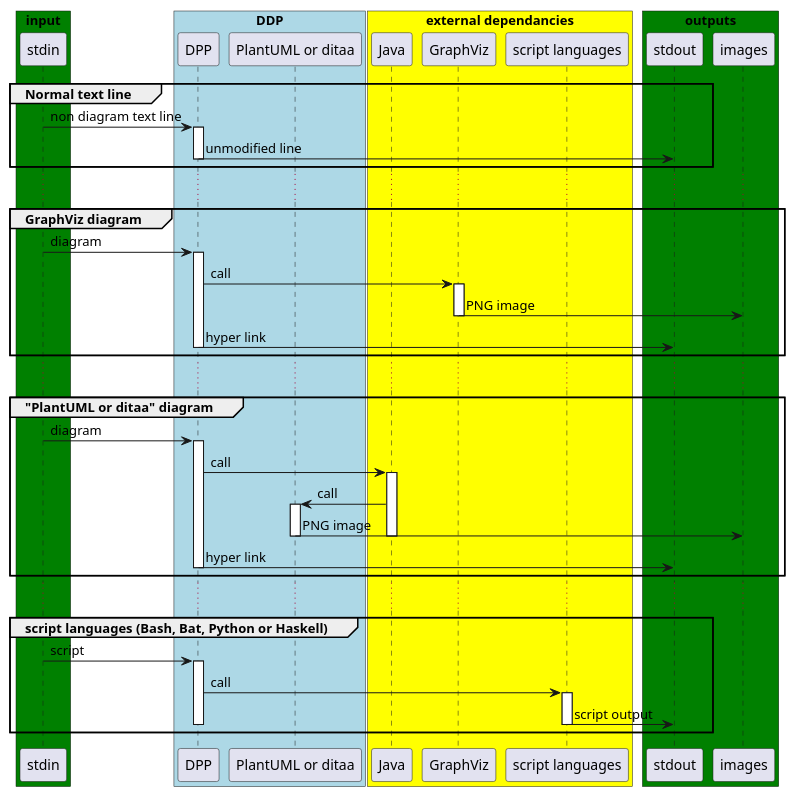
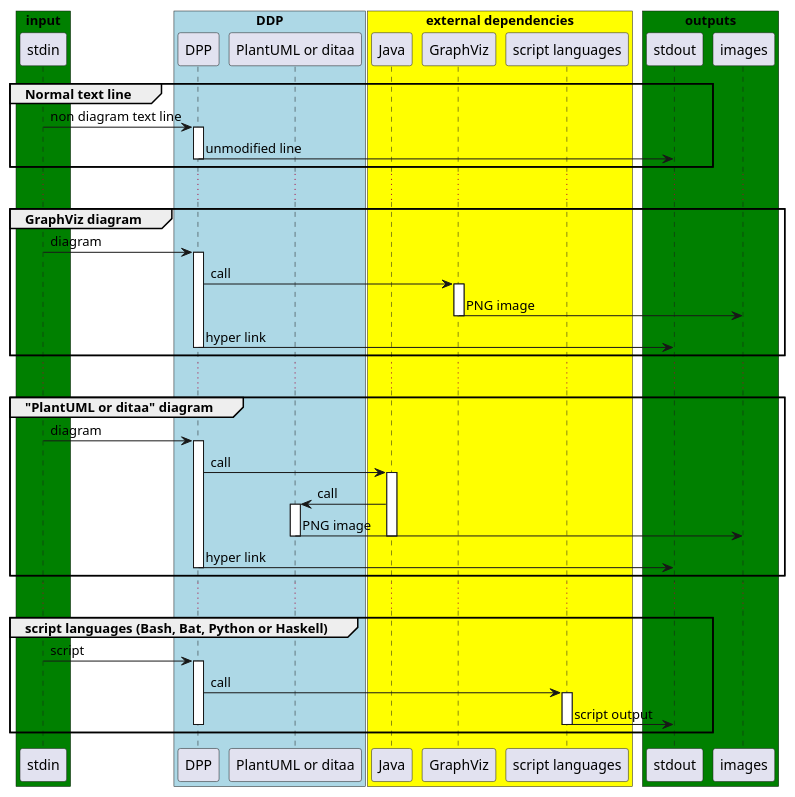
One commit to CDSoft/pp changed the fourth of 10 diagrams in src/pp.md. Above: the diagram before and after it, drawn with PlantUML. The commit also changed other lines of this file and 2 other files, not shown here.

```diff
--- a/src/pp.md
+++ b/src/pp.md
@@ -287,62 +287,62 @@
 ~~~~~ uml doc/img/dpp-design2
 
 box "input" #Green
     participant stdin
 end box
 box "DDP" #LightBlue
     participant DPP
     participant "PlantUML or ditaa"
 end box
-box "external dependancies" #Yellow
+box "external dependencies" #Yellow
     participant Java
     participant GraphViz
     participant "script languages"
 end box
 box "outputs" #Green
     participant stdout
     participant images
 end box
 
 group Normal text line
     stdin -> DPP : non diagram text line
     activate DPP
     DPP -> stdout : unmodified line
     deactivate DPP
 end
 ...
 group GraphViz diagram
     stdin -> DPP : diagram
     activate DPP
     DPP -> GraphViz : call
     activate GraphViz
     GraphViz -> images : PNG image
     deactivate GraphViz
     DPP -> stdout : hyper link
     deactivate DPP
 end
 ...
 group "PlantUML or ditaa" diagram
     stdin -> DPP : diagram
     activate DPP
     DPP -> Java : call
     activate Java
     Java -> "PlantUML or ditaa" : call
     activate "PlantUML or ditaa"
     "PlantUML or ditaa" -> images : PNG image
     deactivate "PlantUML or ditaa"
     deactivate Java
     DPP -> stdout : hyper link
     deactivate DPP
 end
 ...
 group script languages (Bash, Bat, Python or Haskell)
     stdin -> DPP : script
     activate DPP
     DPP -> "script languages" : call
     activate "script languages"
     "script languages" -> stdout : script output
     deactivate "script languages"
     deactivate DPP
 end
 
 ~~~~~
```
